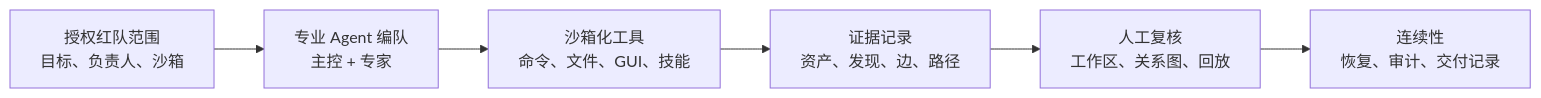
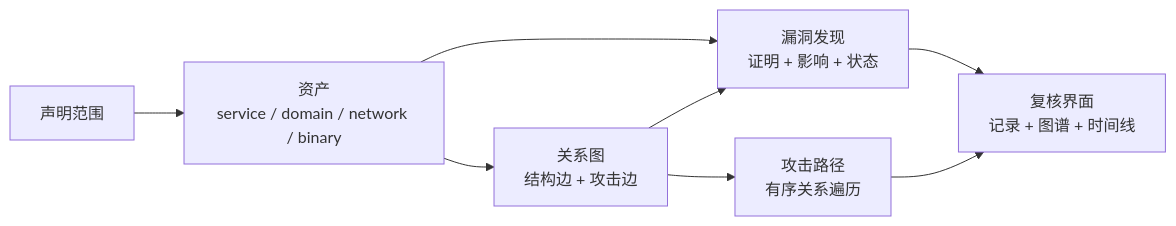
One commit to MolTau9527/Z3r0 changed the third of 4 diagrams in README_zh.md. Above: the diagram before and after it, drawn with Mermaid. The commit also changed other lines of this file and 38 other files, not shown here.

````diff
--- a/README_zh.md
+++ b/README_zh.md
@@ -87,8 +140,17 @@
 ```mermaid
 flowchart LR
-  Scope["授权红队范围<br/>目标、负责人、沙箱"] --> Agents["专业 Agent 编队<br/>主控 + 专家"]
-  Agents --> Tools["沙箱化工具<br/>命令、文件、GUI、技能"]
-  Tools --> Evidence["证据记录<br/>资产、发现、边、路径"]
-  Evidence --> Review["人工复核<br/>工作区、关系图、回放"]
-  Review --> Continuity["连续性<br/>恢复、审计、交付记录"]
+  Scope["声明范围"]
+  Assets["资产<br/>service / domain / network / binary"]
+  Edges["关系图<br/>结构边 + 攻击边"]
+  Findings["漏洞发现<br/>证明 + 影响 + 状态"]
+  Paths["攻击路径<br/>有序关系遍历"]
+  Review["复核界面<br/>记录 + 图谱 + 时间线"]
+
+  Scope --> Assets
+  Assets --> Edges
+  Assets --> Findings
+  Edges --> Findings
+  Edges --> Paths
+  Findings --> Review
+  Paths --> Review
 ```
````
